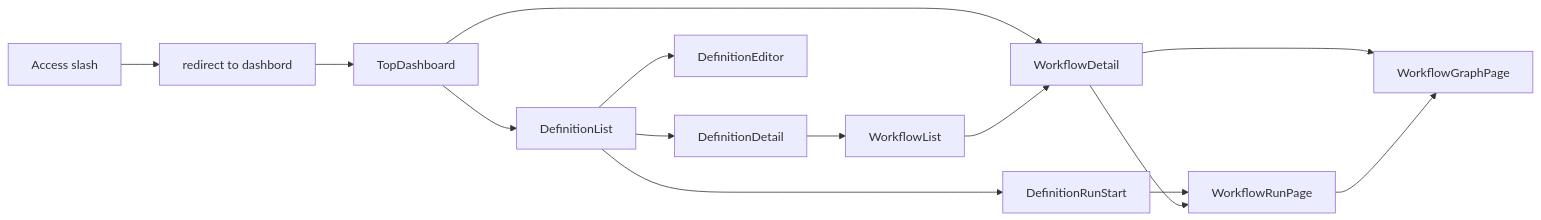
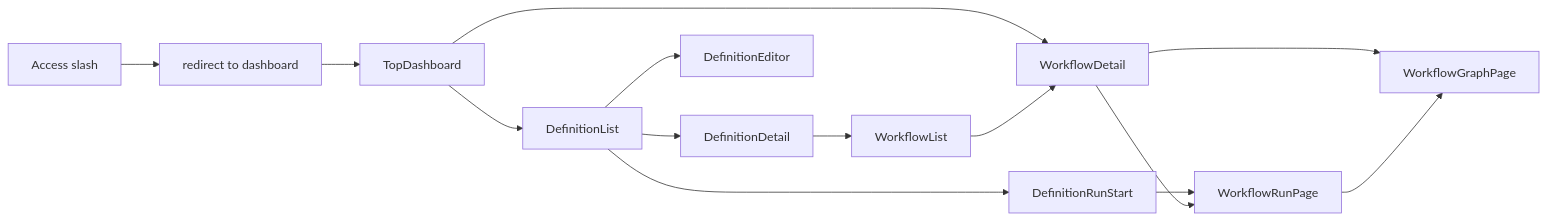
The diagram in .spec-workflow/specs/ui-hybrid-navigation-refresh/design.md (MichiharuShiba/statevia), drawn with Mermaid before and after one commit. The commit also changed 2 other files, not shown here.

Commit message:
ダッシュボードへのリダイレクト先を「/dashbord」から「/dashboard」に修正し、関連する要件とタスクの内容を更新。

````diff
--- a/.spec-workflow/specs/ui-hybrid-navigation-refresh/design.md
+++ b/.spec-workflow/specs/ui-hybrid-navigation-refresh/design.md
@@ -65,16 +65,16 @@
 ```mermaid
 flowchart LR
-    rootPath[Access slash] --> redirectRoot[redirect to dashbord]
+    rootPath[Access slash] --> redirectRoot[redirect to dashboard]
     redirectRoot --> topDashboard[TopDashboard]
     topDashboard --> definitionList[DefinitionList]
     topDashboard --> workflowDetail[WorkflowDetail]
     definitionList --> definitionDetail[DefinitionDetail]
     definitionList --> definitionEditor[DefinitionEditor]
     definitionList --> definitionRunStart[DefinitionRunStart]
     definitionDetail --> workflowList[WorkflowList]
     workflowList --> workflowDetail
     definitionRunStart --> workflowRun[WorkflowRunPage]
     workflowDetail --> workflowRun
     workflowDetail --> workflowGraph[WorkflowGraphPage]
     workflowRun --> workflowGraph
 ```
````
